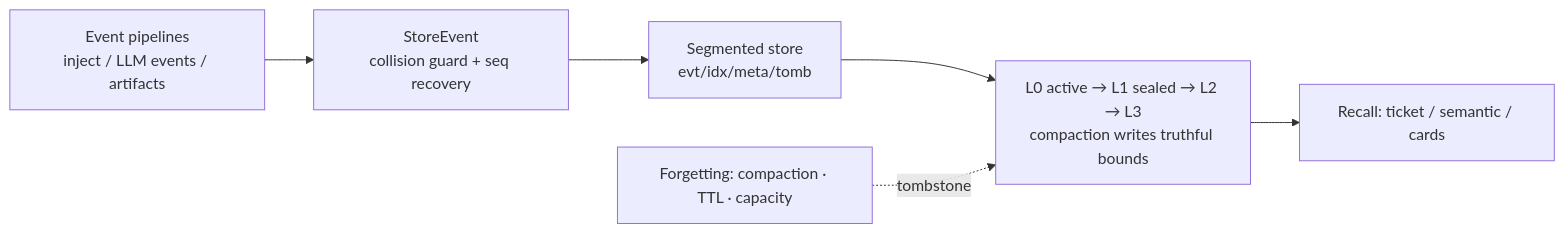
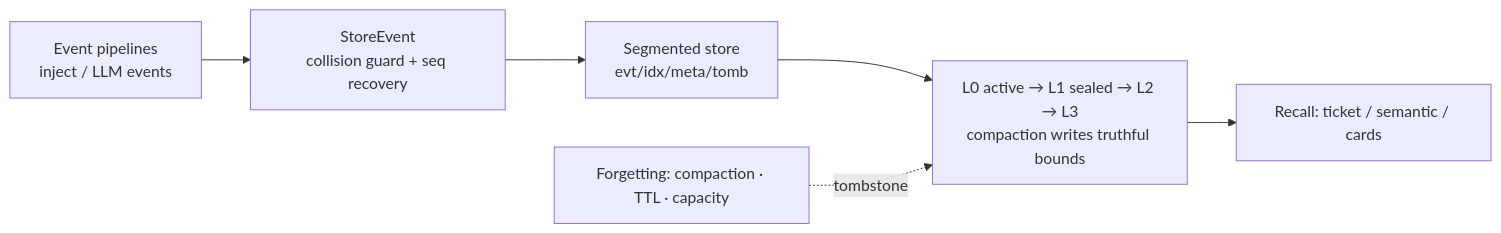
One commit to SpellingDragon/tagent changed the fourth of 5 diagrams in README_EN.md. Above: the diagram before and after it, drawn with Mermaid. The commit also changed other lines of this file and 18 other files, not shown here.

````diff
--- a/README_EN.md
+++ b/README_EN.md
@@ -151,8 +196,8 @@
 ```mermaid
 graph LR
-    P["Event pipelines<br/>inject / LLM events / artifacts"] --> W["StoreEvent<br/>collision guard + seq recovery"]
+    P["Event pipelines<br/>inject / LLM events"] --> W["StoreEvent<br/>collision guard + seq recovery"]
     W --> S["Segmented store<br/>evt/idx/meta/tomb"]
     S --> L["L0 active → L1 sealed → L2 → L3<br/>compaction writes truthful bounds"]
     L --> R["Recall: ticket / semantic / cards"]
     F["Forgetting: compaction · TTL · capacity"] -.tombstone.-> L
 ```
````
